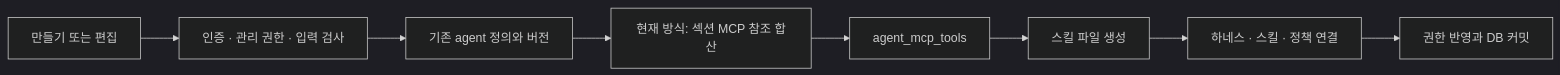
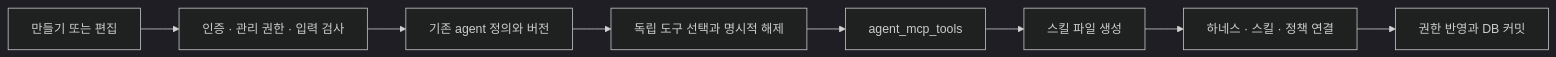
The first of 3 diagrams in ZENAI/97. codex 세션에게 이해를 위한 문서/03. 에이전트 설정·저장·실행 구조.md (ericyum/Obsidian), drawn with Mermaid (dark theme) before and after one commit. The commit also changed other lines of this file and 22 other files, not shown here.

````diff
--- a/ZENAI/97. codex 세션에게 이해를 위한 문서/03. 에이전트 설정·저장·실행 구조.md
+++ b/ZENAI/97. codex 세션에게 이해를 위한 문서/03. 에이전트 설정·저장·실행 구조.md
@@ -81,10 +81,10 @@
 ```mermaid
 flowchart LR
     UI["만들기 또는 편집"] --> API["인증 · 관리 권한 · 입력 검사"]
     API --> V["기존 agent 정의와 버전"]
-    V --> T["현재 방식: 섹션 MCP 참조 합산"]
+    V --> T["독립 도구 선택과 명시적 해제"]
     T --> G["agent_mcp_tools"]
     G --> F["스킬 파일 생성"]
     F --> H["하네스 · 스킬 · 정책 연결"]
     H --> C["권한 반영과 DB 커밋"]
 ```
````
